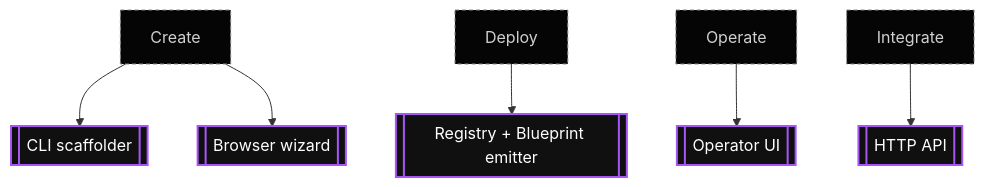
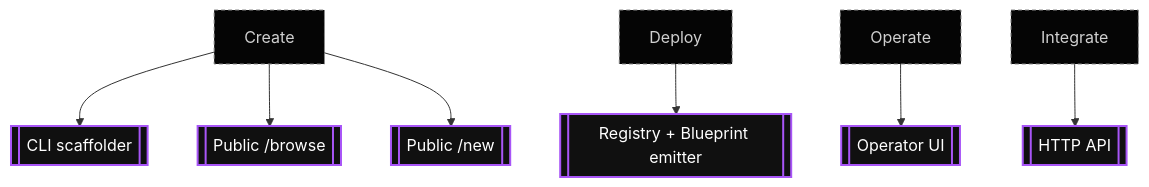
The second of 2 diagrams in docs-site/src/content/docs/index.mdx (render-lab/render-agent-harness), drawn with Mermaid before and after one commit. The commit also changed other lines of this file and 11 other files, not shown here.

````diff
--- a/docs-site/src/content/docs/index.mdx
+++ b/docs-site/src/content/docs/index.mdx
@@ -133,24 +135,26 @@
 ```mermaid
 flowchart TB
   create["Create"]
   deploy["Deploy"]
   operate["Operate"]
   integrate["Integrate"]
 
   cli[["CLI scaffolder"]]
-  wizard[["Browser wizard"]]
+  browse[["Public /browse"]]
+  wizard[["Public /new"]]
   registry[["Registry + Blueprint emitter"]]
   ui[["Operator UI"]]
   api[["HTTP API"]]
 
   create --> cli
+  create --> browse
   create --> wizard
   deploy --> registry
   operate --> ui
   integrate --> api
 
   class create,deploy,operate,integrate role
-  class cli,wizard,registry,ui,api surface
+  class cli,browse,wizard,registry,ui,api surface
   classDef role fill:#050505,stroke:#8a8a8a,color:#d0d0d0,stroke-dasharray:4 3
   classDef surface fill:#101010,stroke:#a855f7,stroke-width:2px,color:#ffffff
 ```
````
